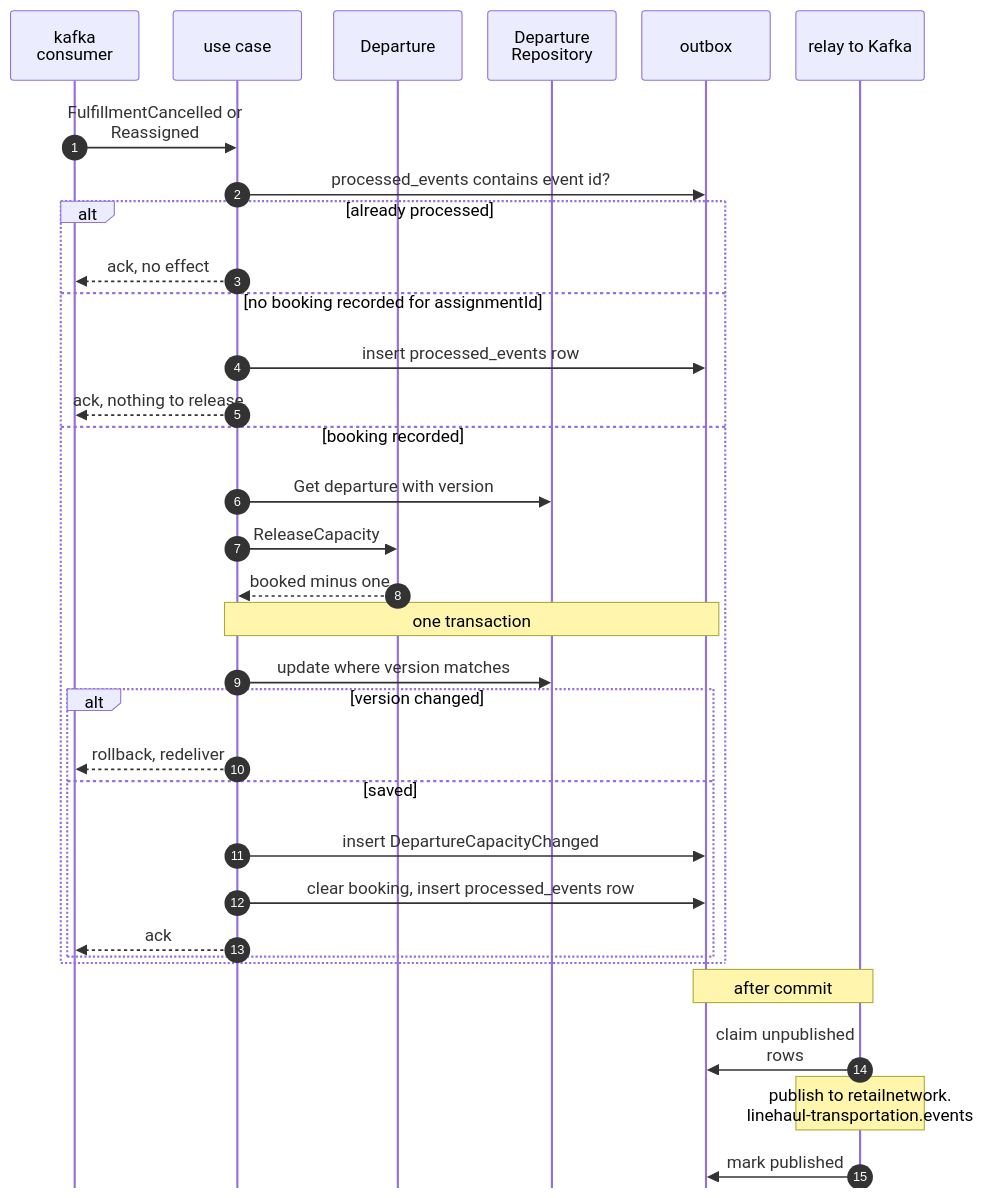
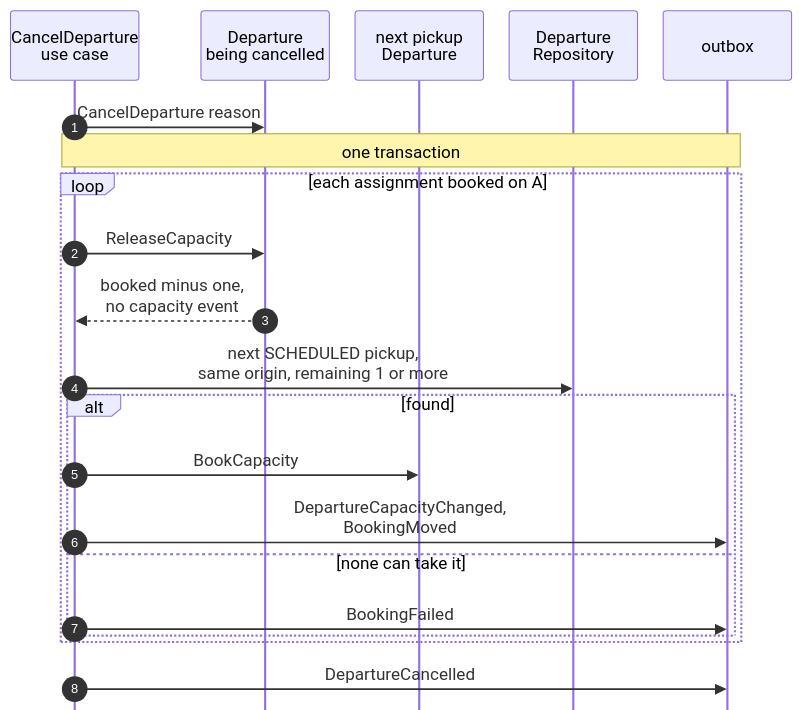
The third of 15 diagrams in network/docs/contexts/linehaul-transportation/sequence-diagrams.md (IQVO/warehouse-docs), drawn with Mermaid before and after one commit. The commit also changed other lines of this file and 8 other files, not shown here.

Commit message:
network(linehaul-transportation): align model and pack with ADR 0002 (no release on cancel/reassign, shared slugs, departure commands driven by loads, pickup departsAt = cutoff)

````diff
--- a/network/docs/contexts/linehaul-transportation/sequence-diagrams.md
+++ b/network/docs/contexts/linehaul-transportation/sequence-diagrams.md
@@ -133,36 +135,24 @@
 ```mermaid
 %%{init: {"sequence": {"wrap": true, "width": 120, "actorMargin": 24, "messageMargin": 28, "boxMargin": 6, "noteMargin": 6, "mirrorActors": false}}}%%
 sequenceDiagram
     autonumber
-    participant H as kafka<br/>consumer
-    participant U as use case
-    participant A as Departure
+    participant U as CancelDeparture<br/>use case
+    participant A as Departure<br/>being cancelled
+    participant B as next pickup<br/>Departure
     participant R as Departure<br/>Repository
     participant O as outbox
-    participant RL as relay to Kafka
-    H->>U: FulfillmentCancelled or Reassigned
-    U->>O: processed_events contains event id?
-    alt already processed
-        U-->>H: ack, no effect
-    else no booking recorded for assignmentId
-        U->>O: insert processed_events row
-        U-->>H: ack, nothing to release
-    else booking recorded
-        U->>R: Get departure with version
+    U->>A: CancelDeparture reason
+    Note over U,O: one transaction
+    loop each assignment booked on A
         U->>A: ReleaseCapacity
-        A-->>U: booked minus one
-        Note over U,O: one transaction
-        U->>R: update where version matches
-        alt version changed
-            U-->>H: rollback, redeliver
-        else saved
-            U->>O: insert DepartureCapacityChanged
-            U->>O: clear booking, insert processed_events row
-            U-->>H: ack
+        A-->>U: booked minus one,<br/>no capacity event
+        U->>R: next SCHEDULED pickup,<br/>same origin, remaining 1 or more
+        alt found
+            U->>B: BookCapacity
+            U->>O: DepartureCapacityChanged,<br/>BookingMoved
+        else none can take it
+            U->>O: BookingFailed
         end
     end
-    Note over O,RL: after commit
-    RL->>O: claim unpublished rows
-    Note over RL: publish to retailnetwork.<br/>linehaul-transportation.events
-    RL->>O: mark published
+    U->>O: DepartureCancelled
 ```
````
